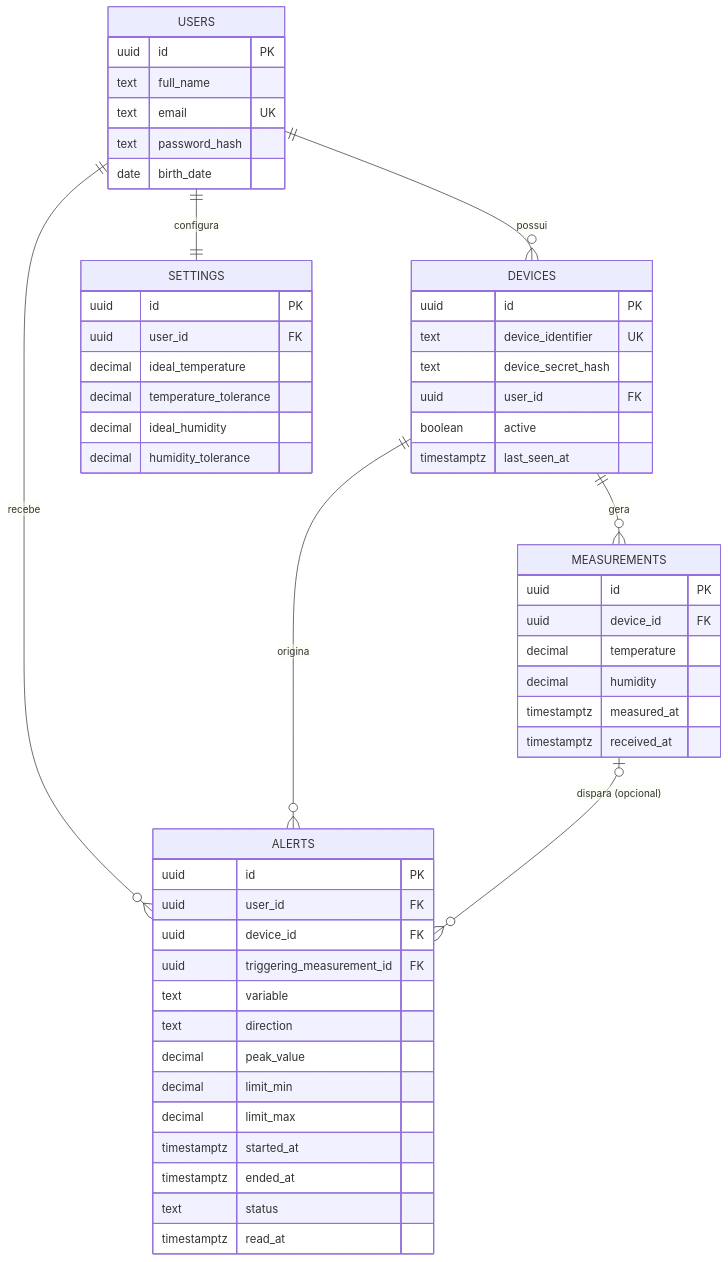
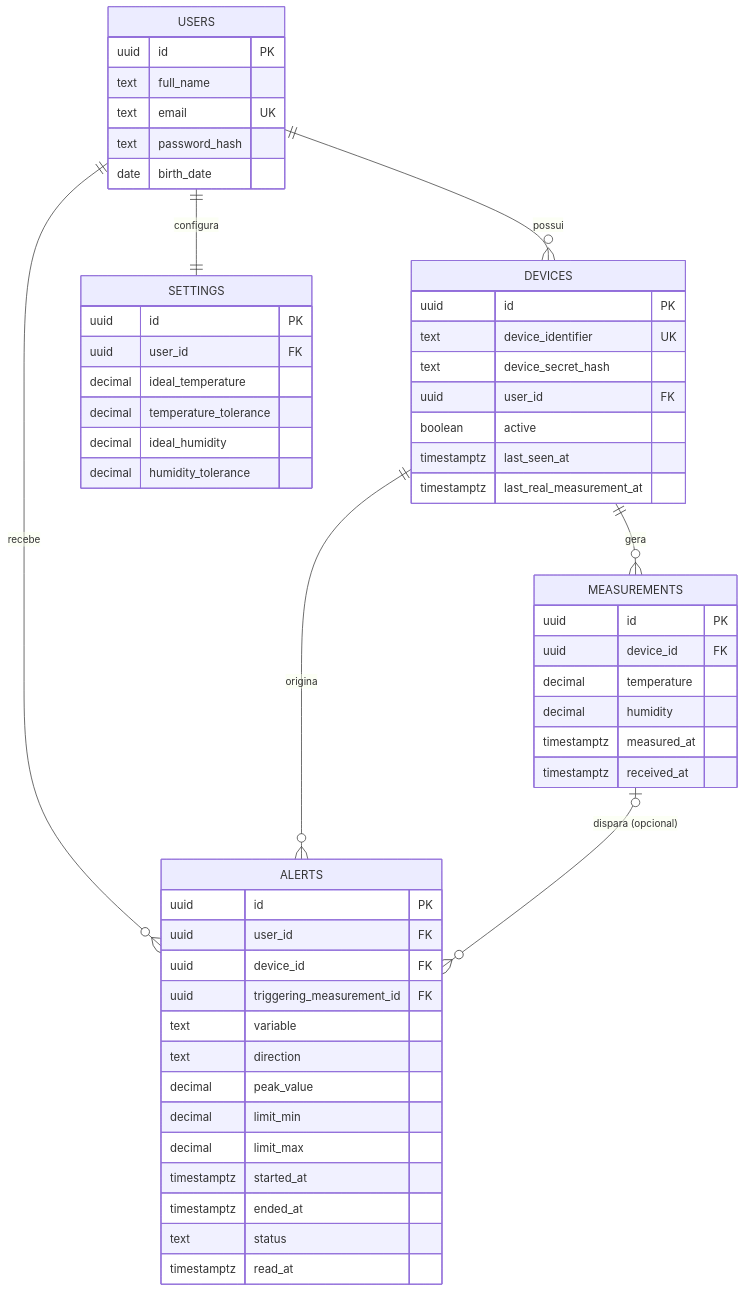
One commit to chatchatinho/TCC changed the third of 5 diagrams in docs/04-documentacao-tecnica.md. Above: the diagram before and after it, drawn with Mermaid. The commit also changed 13 other files, not shown here.

````diff
--- a/docs/04-documentacao-tecnica.md
+++ b/docs/04-documentacao-tecnica.md
@@ -126,56 +126,57 @@
 ```mermaid
 erDiagram
     USERS ||--o{ DEVICES : possui
     USERS ||--|| SETTINGS : configura
     USERS ||--o{ ALERTS : recebe
     DEVICES ||--o{ MEASUREMENTS : gera
     DEVICES ||--o{ ALERTS : origina
     MEASUREMENTS |o--o{ ALERTS : "dispara (opcional)"
 
     USERS {
         uuid id PK
         text full_name
         text email UK
         text password_hash
         date birth_date
     }
     DEVICES {
         uuid id PK
         text device_identifier UK
         text device_secret_hash
         uuid user_id FK
         boolean active
         timestamptz last_seen_at
+        timestamptz last_real_measurement_at
     }
     MEASUREMENTS {
         uuid id PK
         uuid device_id FK
         decimal temperature
         decimal humidity
         timestamptz measured_at
         timestamptz received_at
     }
     SETTINGS {
         uuid id PK
         uuid user_id FK
         decimal ideal_temperature
         decimal temperature_tolerance
         decimal ideal_humidity
         decimal humidity_tolerance
     }
     ALERTS {
         uuid id PK
         uuid user_id FK
         uuid device_id FK
         uuid triggering_measurement_id FK
         text variable
         text direction
         decimal peak_value
         decimal limit_min
         decimal limit_max
         timestamptz started_at
         timestamptz ended_at
         text status
         timestamptz read_at
     }
 ```
````
